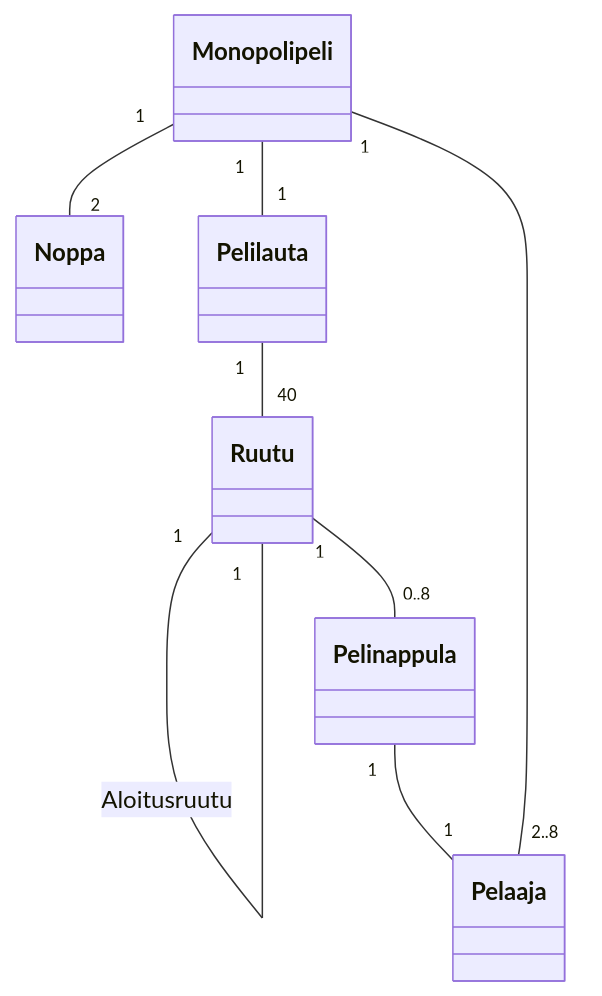
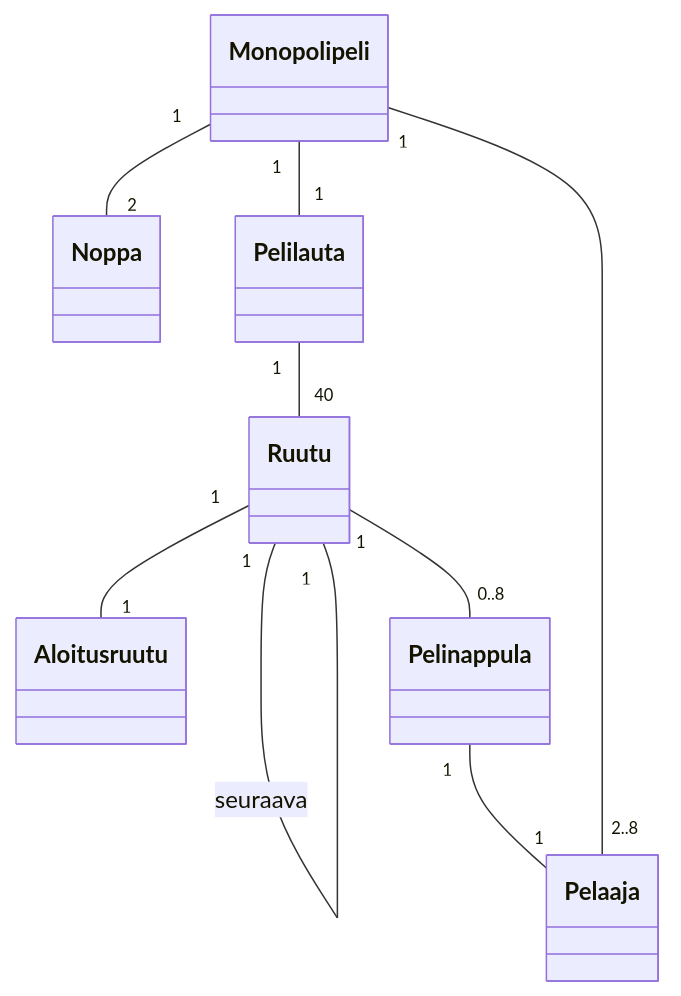
One commit to Aulanko/ot-harjoitustyo-Leo changed the diagram in laskarit/viikko3/monopoliKaavio.md. Above: the diagram before and after it, drawn with Mermaid.

Commit message:
Update reference to starting square in diagram

````diff
--- a/laskarit/viikko3/monopoliKaavio.md
+++ b/laskarit/viikko3/monopoliKaavio.md
@@ -4,12 +4,12 @@
 ```mermaid
  classDiagram
     Monopolipeli "1" -- "2" Noppa
     Monopolipeli "1" -- "1" Pelilauta
     Pelilauta "1" -- "40" Ruutu
     Ruutu "1" -- "1" Ruutu : seuraava
-    Ruutu "1" -- "1" Ruutu : Aloitusruutu
+    Ruutu "1" -- "1" Aloitusruutu
 
     Ruutu "1" -- "0..8" Pelinappula
     Pelinappula "1" -- "1" Pelaaja
     Pelaaja "2..8" -- "1" Monopolipeli
 ```
````
